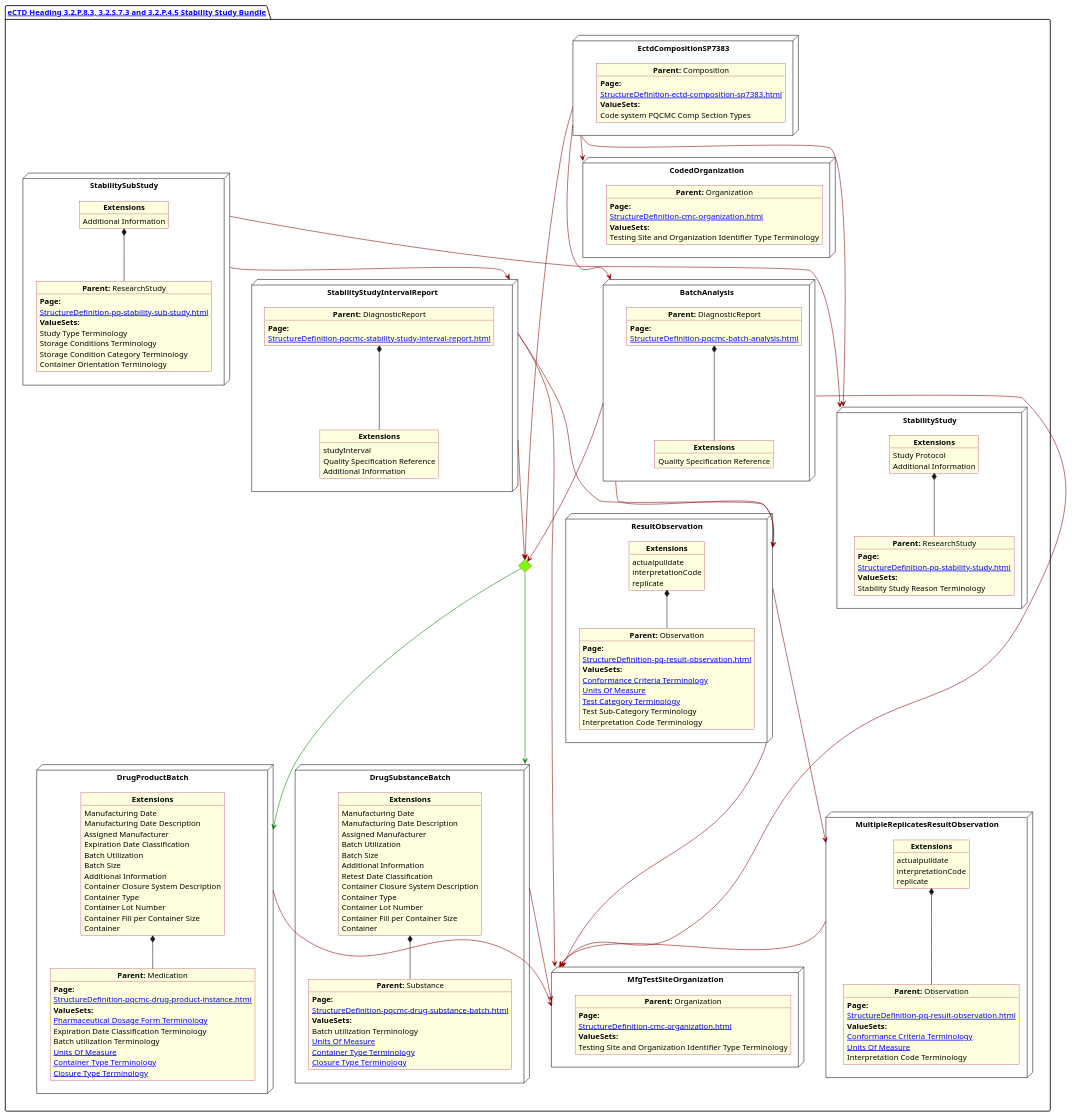
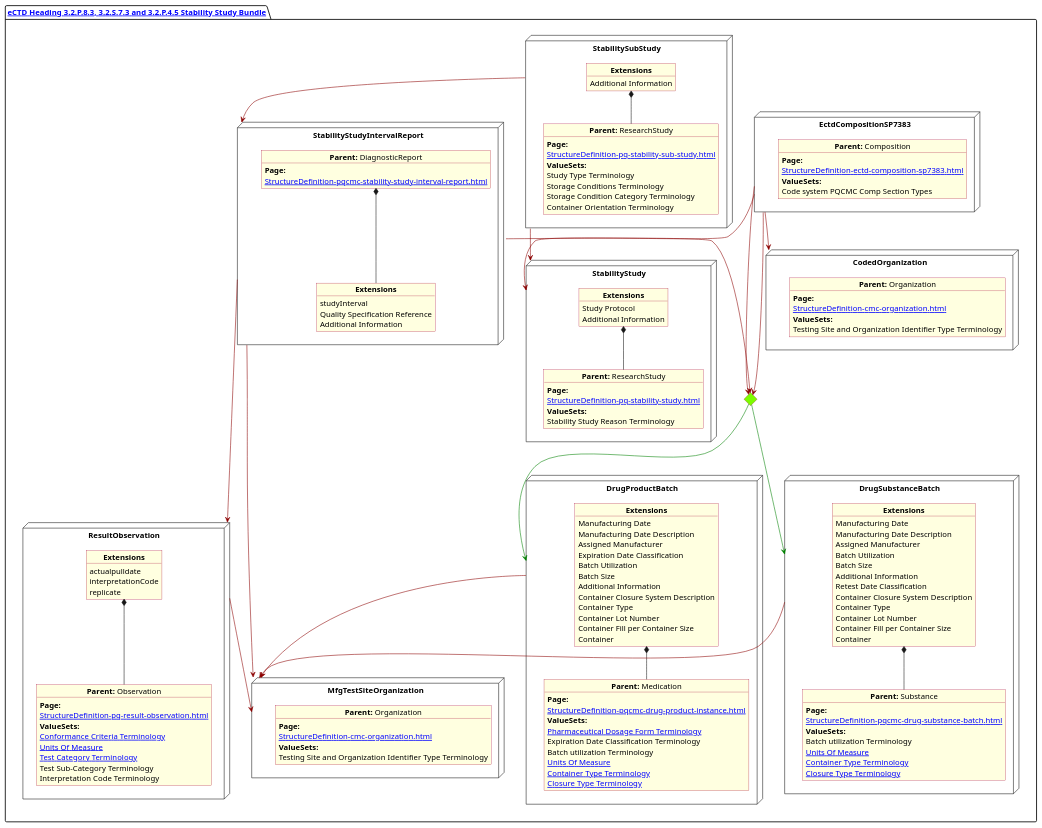
The diagram in input/images-source/Stability.plantuml (HL7/FHIR-us-pq-cmc-fda), drawn with PlantUML before and after one commit. The commit also changed 6 other files, not shown here.

```diff
--- a/input/images-source/Stability.plantuml
+++ b/input/images-source/Stability.plantuml
@@ -10,6 +10,15 @@
 
 package "[[StructureDefinition-cmc-ectd-document-sp7383.html eCTD Heading 3.2.P.8.3, 3.2.S.7.3 and 3.2.P.4.5 Stability Study Bundle]]" as NODES {
 
+       node "EctdCompositionSP7383" as N1 {
+
+              object "**Parent:** Composition" as obj1 {
+                     **Page:**
+                     [[StructureDefinition-ectd-composition-sp7383.html]]
+                     **ValueSets:**
+                     Code system PQCMC Comp Section Types
+              }
+       }
        node "CodedOrganization" as NSO {
 
               object "**Parent:** Organization" as objAu {
@@ -19,27 +28,8 @@
                      Testing Site and Organization Identifier Type Terminology
               }
        }
-       node "EctdCompositionSP7383" as N1 {
 
-              object "**Parent:** Composition" as obj1 {
-                     **Page:**
-                     [[StructureDefinition-ectd-composition-sp7383.html]]
-                     **ValueSets:**
-                     Code system PQCMC Comp Section Types
-              }
-       }
 
-       node "BatchAnalysis" as N2 {
-
-              object "**Parent:** DiagnosticReport" as obj2 {
-                     **Page:**
-                     [[StructureDefinition-pqcmc-batch-analysis.html]]
-              }
-              object "**Extensions**" as objQSEx {
-                     Quality Specification Reference
-              }
-              obj2 *-- objQSEx
-       }
        node "StabilitySubStudy" as NSub {
 
               object "**Parent:** ResearchStudy" as objSub {
@@ -182,44 +172,20 @@
               objExsObserv *-- observ3
        }
 
-       node "MultipleReplicatesResultObservation" as NNstage {
 
-              object "**Parent:** Observation" as observS {
-                     **Page:**
-                     [[StructureDefinition-pq-result-observation.html]]
-                     **ValueSets:**
-                     [[ValueSet-pqcmc-conformance-to-criteria-terminology.html Conformance Criteria Terminology]]
-                     [[ValueSet-pqcmc-units-of-measure.html Units Of Measure]]
-                     Interpretation Code Terminology
-              }
-              object "**Extensions**" as objExsStageObs  {
-                     actualpulldate
-                     interpretationCode
-                     replicate
-              }
-
-              objExsStageObs *-- observS
-       }
-
-
+       CH -[#green]--> NN
+       CH -[#green]--> NNS
+       N1 -[#darkred]--> CH
+       N1 -[#darkred]--> CH
+       N1 -[#darkred]-> NSO
+       NN -[#darkred]-> NMFG
+       NNOBS -[#darkred]-> NMFG
+       NNS -[#darkred]-> NMFG
+       NSub -[#darkred]-> Ninterval
+       N1 -[#darkred]-> NMain
+       NSub -[#darkred]--> NMain
        Ninterval -[#darkred]--> CH
        Ninterval -[#darkred]--> NMFG
        Ninterval -[#darkred]--> NNOBS
-       CH -[#green]--> NN
-       CH -[#green]--> NNS
-       N1 -[#darkred]--> CH
-       N1 -[#darkred]--> N2
-       N1 -[#darkred]-> NSO
-       N2 -[#darkred]--> CH
-       N2 -[#darkred]--> NMFG
-       N2 -[#darkred]--> NNOBS
-       NN -[#darkred]-> NMFG
-       NNOBS -[#darkred]-> NMFG
-       NNOBS -[#darkred]-> NNstage
-       NNS -[#darkred]-> NMFG
-       NNstage -[#darkred]-> NMFG
-       NSub -[#darkred]-> Ninterval
-       N1 -[#darkred]-> NMain
-       NSub -[#darkred]--> NMain
 }
 @enduml
```
